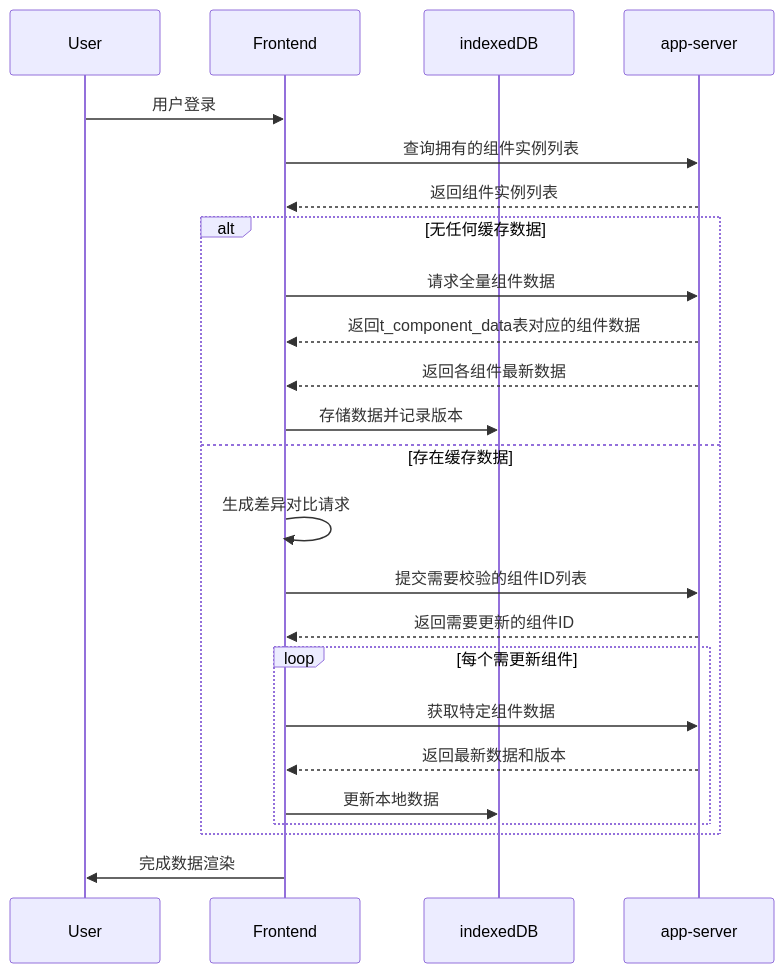
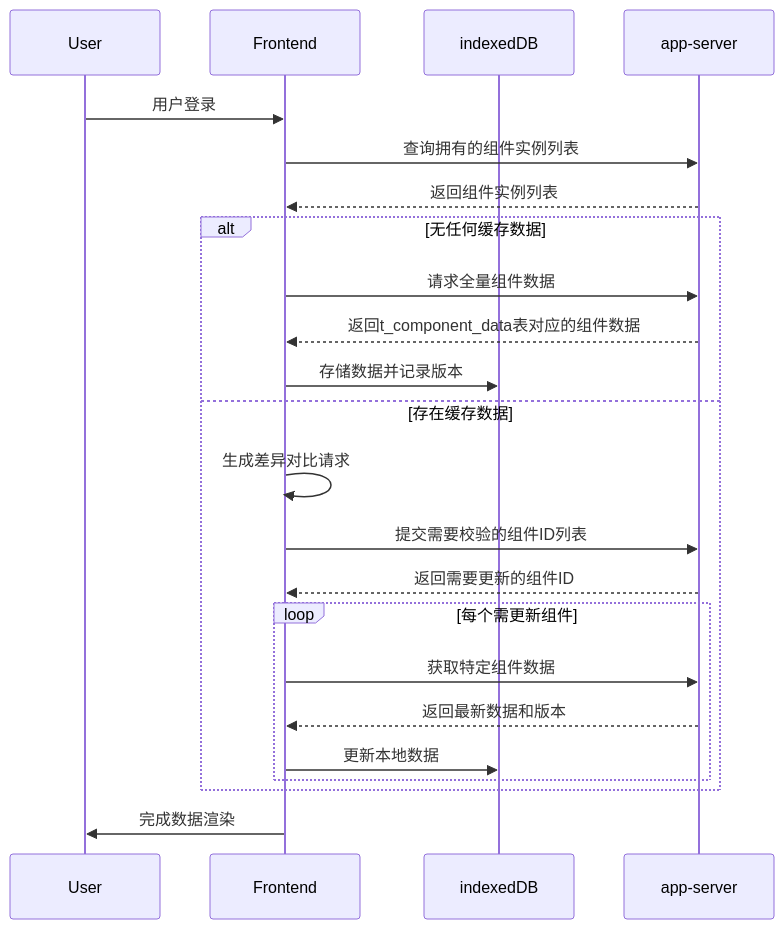
Before and after one commit to yingjianzh/iodraw-files: the diagram in all/未命名-24.md, drawn with Mermaid.

Commit message:
2025-02-24 17:08:31 update

````diff
--- a/all/未命名-24.md
+++ b/all/未命名-24.md
@@ -1,29 +1,27 @@
 ```mermaid
 sequenceDiagram
     participant User
     participant Frontend
     participant indexedDB
     participant app-server
 
     User->>Frontend: 用户登录
     Frontend->>app-server: 查询拥有的组件实例列表
     app-server-->>Frontend: 返回组件实例列表
     
     alt 无任何缓存数据
         Frontend->>app-server: 请求全量组件数据
         app-server-->>Frontend: 返回t_component_data表对应的组件数据
-
-        app-server-->>Frontend: 返回各组件最新数据
         Frontend->>indexedDB: 存储数据并记录版本
     else 存在缓存数据
         Frontend->>Frontend: 生成差异对比请求
         Frontend->>app-server: 提交需要校验的组件ID列表
         app-server-->>Frontend: 返回需要更新的组件ID
         loop 每个需更新组件
             Frontend->>app-server: 获取特定组件数据
             app-server-->>Frontend: 返回最新数据和版本
             Frontend->>indexedDB: 更新本地数据
         end
     end
     Frontend->>User: 完成数据渲染
 ```
````
